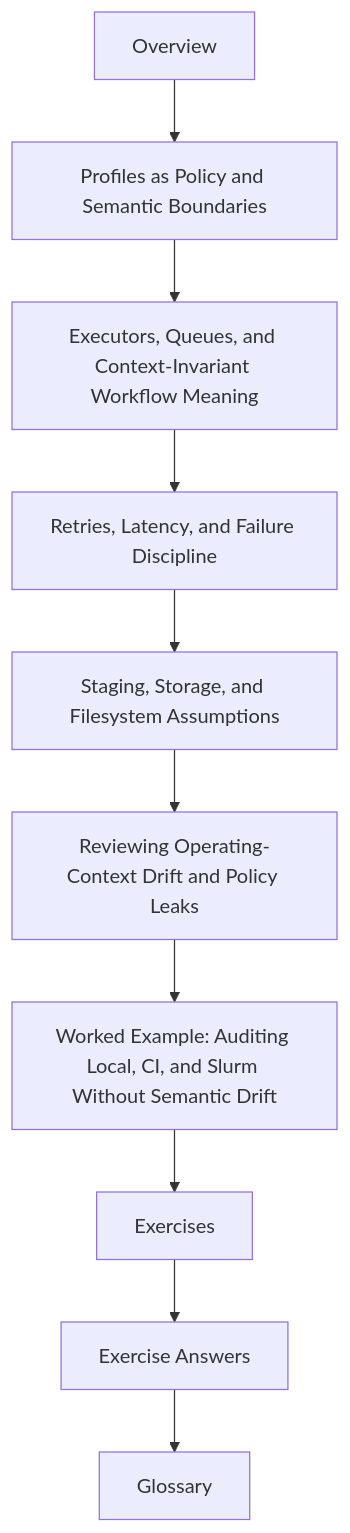
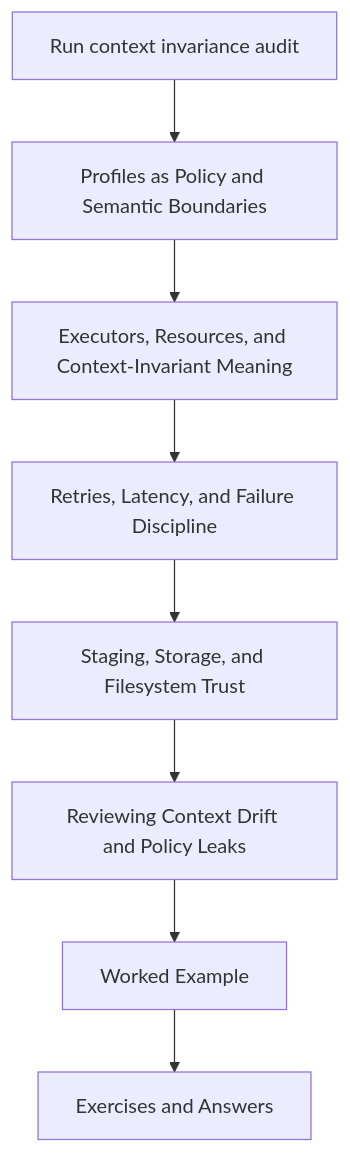
The second of 2 diagrams in programs/reproducible-research/deep-dive-snakemake/course-book/module-08-operating-contexts-execution-policy/index.md (bijux/bijux-masterclass), drawn with Mermaid before and after one commit. The commit also changed other lines of this file, not shown here.

Commit message:
docs(snakemake): orient context study around evidence

````diff
--- a/programs/reproducible-research/deep-dive-snakemake/course-book/module-08-operating-contexts-execution-policy/index.md
+++ b/programs/reproducible-research/deep-dive-snakemake/course-book/module-08-operating-contexts-execution-policy/index.md
@@ -65,12 +88,14 @@
 ```mermaid
 flowchart TD
-  start["Overview"] --> core1["Profiles as Policy and Semantic Boundaries"]
-  core1 --> core2["Executors, Queues, and Context-Invariant Workflow Meaning"]
-  core2 --> core3["Retries, Latency, and Failure Discipline"]
-  core3 --> core4["Staging, Storage, and Filesystem Assumptions"]
-  core4 --> core5["Reviewing Operating-Context Drift and Policy Leaks"]
-  core5 --> example["Worked Example: Auditing Local, CI, and Slurm Without Semantic Drift"]
-  example --> practice["Exercises"]
-  practice --> answers["Exercise Answers"]
-  answers --> glossary["Glossary"]
+  audit["Run context invariance audit"]
+  profiles["Profiles as Policy and Semantic Boundaries"]
+  executors["Executors, Resources, and Context-Invariant Meaning"]
+  failure["Retries, Latency, and Failure Discipline"]
+  storage["Staging, Storage, and Filesystem Trust"]
+  review["Reviewing Context Drift and Policy Leaks"]
+  example["Worked Example"]
+  exercises["Exercises and Answers"]
+
+  audit --> profiles --> executors --> failure --> storage --> review
+  review --> example --> exercises
 ```
````
